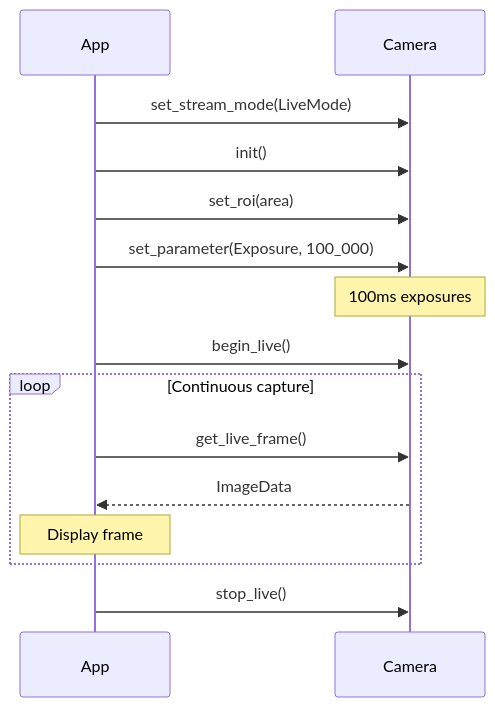
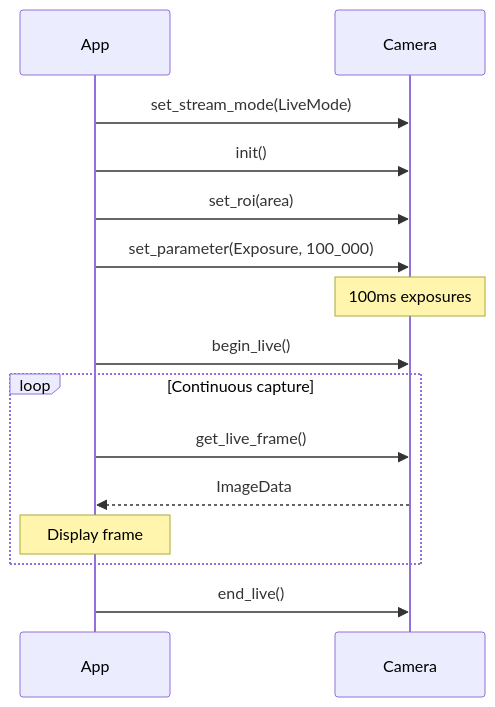
One commit to ivonnyssen/qhyccd-rs changed diagram 17 of 19 in docs/qhyccd-rs.md. Above: the diagram before and after it, drawn with Mermaid. The commit also changed other lines of this file and 3 other files, not shown here.

````diff
--- a/docs/qhyccd-rs.md
+++ b/docs/qhyccd-rs.md
@@ -920,21 +920,21 @@
 ```mermaid
 sequenceDiagram
     participant App
     participant Camera
 
     App->>Camera: set_stream_mode(LiveMode)
     App->>Camera: init()
     App->>Camera: set_roi(area)
     App->>Camera: set_parameter(Exposure, 100_000)
     Note over Camera: 100ms exposures
 
     App->>Camera: begin_live()
 
     loop Continuous capture
         App->>Camera: get_live_frame()
         Camera-->>App: ImageData
         Note over App: Display frame
     end
 
-    App->>Camera: stop_live()
+    App->>Camera: end_live()
 ```
````
